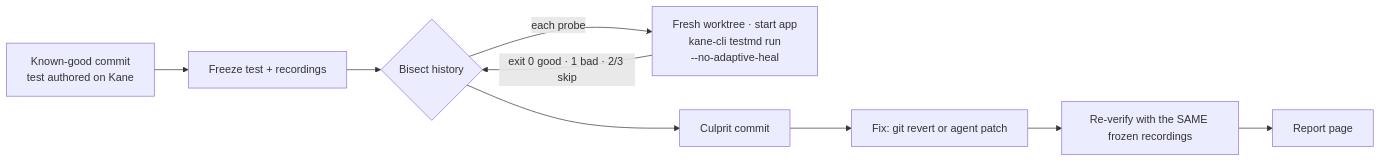
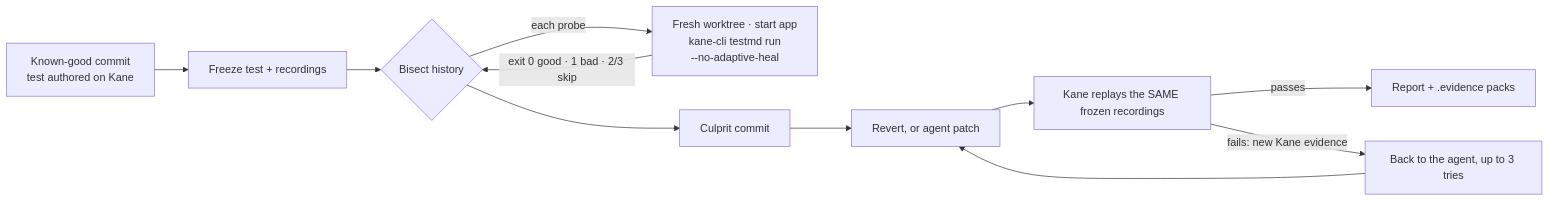
Before and after one commit to BenCoy09/culprit: the diagram in README.md, drawn with Mermaid. The commit also changed other lines of this file and 10 other files, not shown here.

Commit message:
Close agent-Kane loop, fix web.mjs, add real-run workflow

````diff
--- a/README.md
+++ b/README.md
@@ -39,11 +44,13 @@
 ```mermaid
 flowchart LR
   A[Known-good commit<br/>test authored on Kane] --> B[Freeze test + recordings]
   B --> C{Bisect history}
   C -->|each probe| D[Fresh worktree · start app<br/>kane-cli testmd run<br/>--no-adaptive-heal]
   D -->|exit 0 good · 1 bad · 2/3 skip| C
   C --> E[Culprit commit]
-  E --> F[Fix: git revert or agent patch]
-  F --> G[Re-verify with the SAME frozen recordings]
-  G --> H[Report page]
+  E --> F[Revert, or agent patch]
+  F --> G[Kane replays the SAME frozen recordings]
+  G -->|passes| H[Report + .evidence packs]
+  G -->|fails: new Kane evidence| I[Back to the agent, up to 3 tries]
+  I --> F
 ```
````
